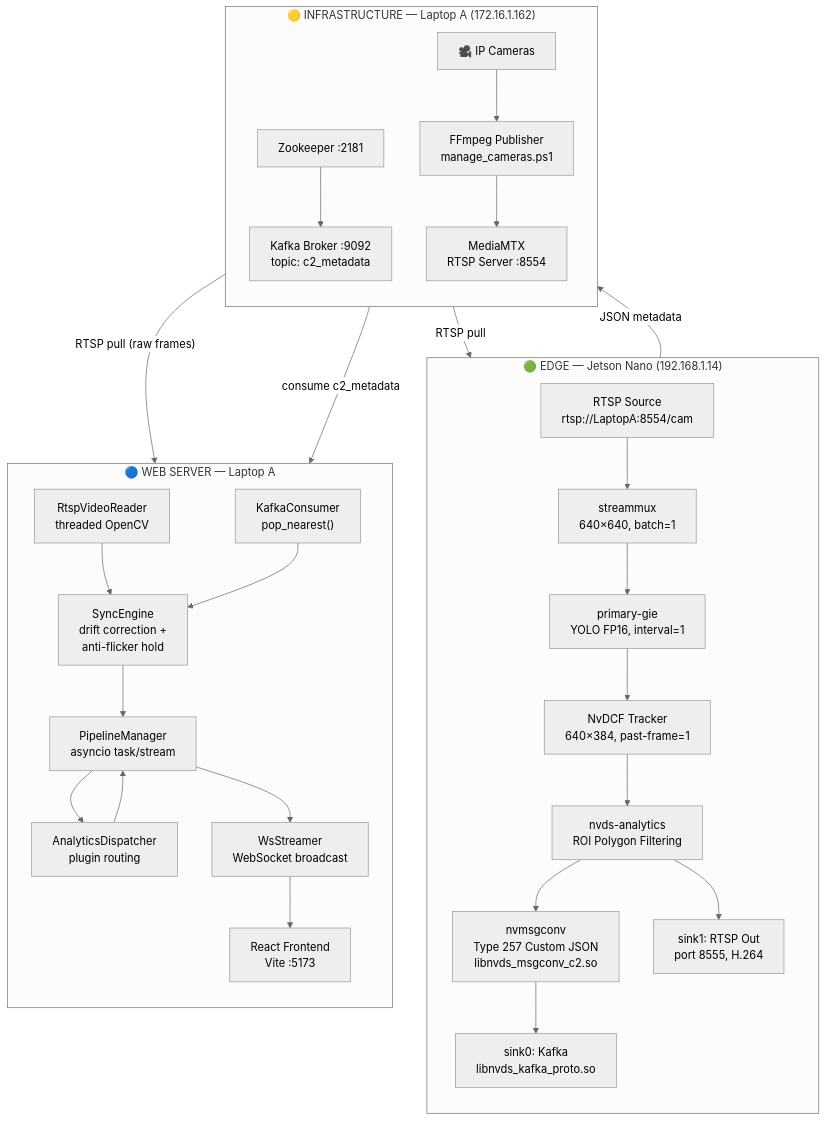
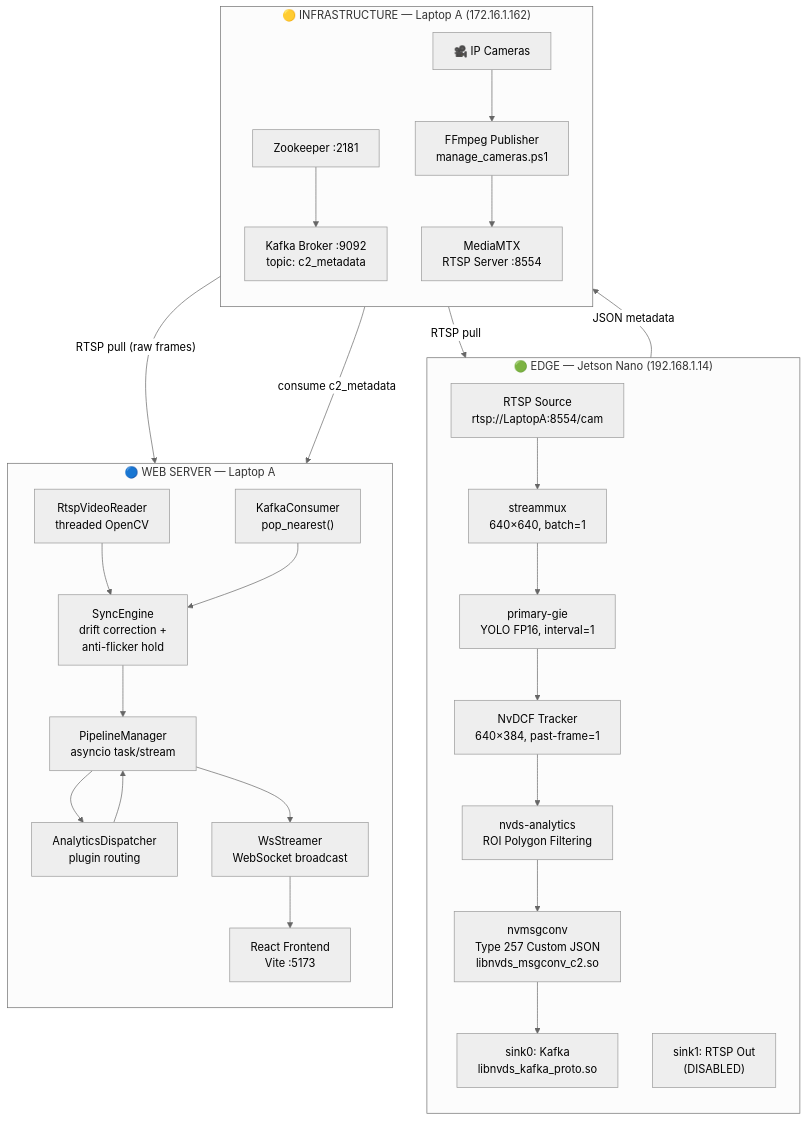
The diagram in c2_center/docs/ARCHITECTURE.md (Violetta147/ai-lab), drawn with Mermaid (neutral theme) before and after one commit. The commit also changed 2 other files, not shown here.

Commit message:
feat: disable osd, sink1

````diff
--- a/c2_center/docs/ARCHITECTURE.md
+++ b/c2_center/docs/ARCHITECTURE.md
@@ -5,50 +5,49 @@
 ```mermaid
 flowchart TD
     subgraph EDGE ["🟢 EDGE — Jetson Nano (192.168.1.14)"]
         direction TB
         SRC["RTSP Source\nrtsp://LaptopA:8554/cam"]
         SM["streammux\n640×640, batch=1"]
         PGIE["primary-gie\nYOLO FP16, interval=1"]
         TRACKER["NvDCF Tracker\n640×384, past-frame=1"]
         ANALYTICS["nvds-analytics\nROI Polygon Filtering"]
         MSGCONV["nvmsgconv\nType 257 Custom JSON\nlibnvds_msgconv_c2.so"]
         KAFKASINK["sink0: Kafka\nlibnvds_kafka_proto.so"]
-        RTSPSINK["sink1: RTSP Out\nport 8555, H.264"]
+        RTSPSINK["sink1: RTSP Out\n(DISABLED)"]
 
         SRC --> SM --> PGIE --> TRACKER --> ANALYTICS
         ANALYTICS --> MSGCONV --> KAFKASINK
-        ANALYTICS --> RTSPSINK
     end
 
     subgraph INFRA ["🟡 INFRASTRUCTURE — Laptop A (172.16.1.162)"]
         direction TB
         CAMERAS["🎥 IP Cameras"]
         FFMPEG["FFmpeg Publisher\nmanage_cameras.ps1"]
         MEDIAMTX["MediaMTX\nRTSP Server :8554"]
         ZK["Zookeeper :2181"]
         KAFKA["Kafka Broker :9092\ntopic: c2_metadata"]
         ZK --> KAFKA
         CAMERAS --> FFMPEG --> MEDIAMTX
     end
 
     subgraph SERVER ["🔵 WEB SERVER — Laptop A"]
         direction TB
         VR["RtspVideoReader\nthreaded OpenCV"]
         KC["KafkaConsumer\npop_nearest()"]
         SYNC["SyncEngine\ndrift correction +\nanti-flicker hold"]
         PM["PipelineManager\nasyncio task/stream"]
         AD["AnalyticsDispatcher\nplugin routing"]
         WS["WsStreamer\nWebSocket broadcast"]
         FE["React Frontend\nVite :5173"]
 
         VR --> SYNC
         KC --> SYNC
         SYNC --> PM --> AD --> PM
         PM --> WS --> FE
     end
 
     MEDIAMTX -- "RTSP pull" --> SRC
     MEDIAMTX -- "RTSP pull (raw frames)" --> VR
     KAFKASINK -- "JSON metadata" --> KAFKA
     KAFKA -- "consume c2_metadata" --> KC
 ```
````
